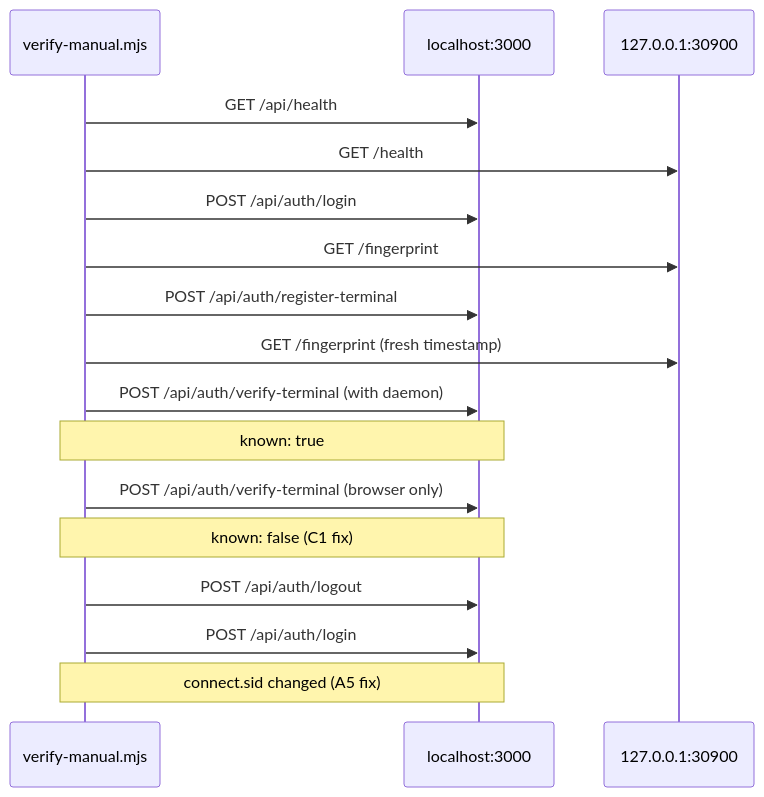
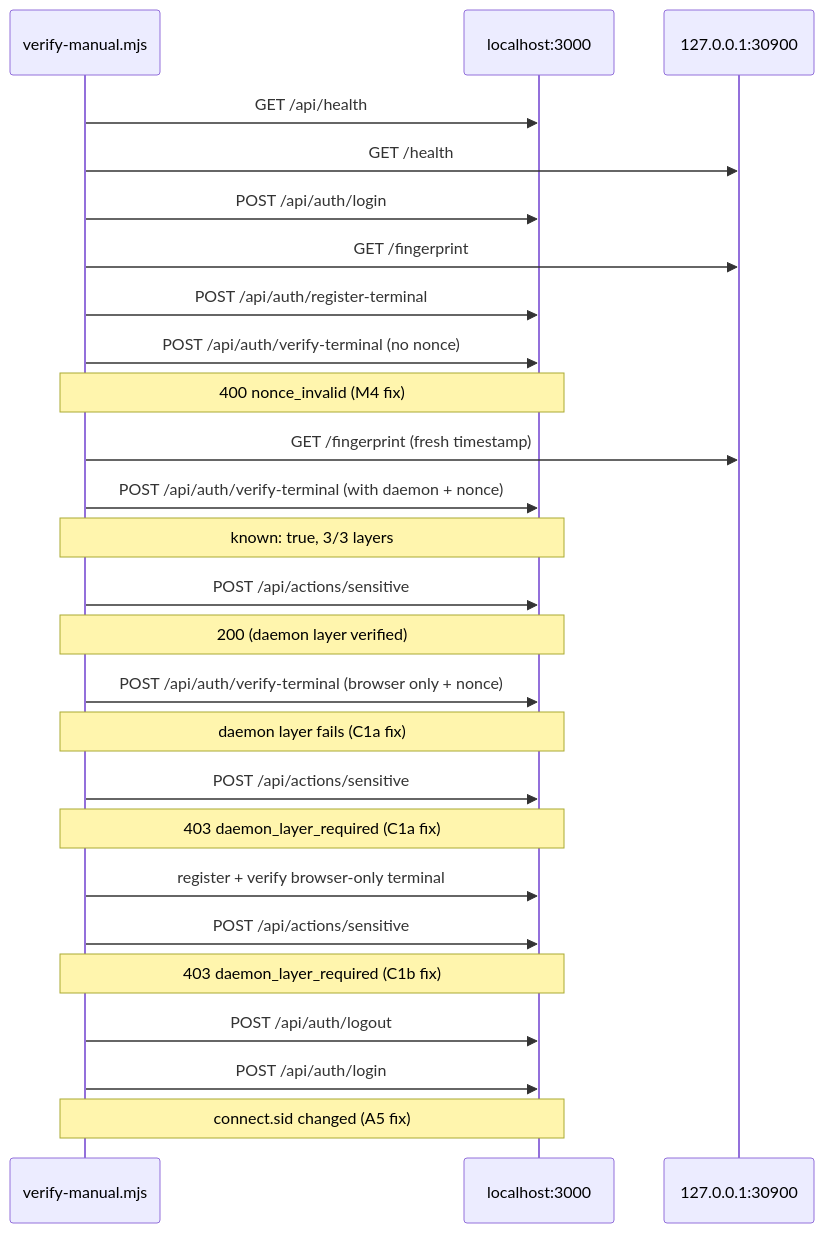
The fifth of 6 diagrams in README.md (andermoreira/dna), drawn with Mermaid before and after one commit. The commit also changed other lines of this file and 27 other files, not shown here.

First line of the commit message:
feat(security): Harden terminal auth and secret storage

````diff
--- a/README.md
+++ b/README.md
@@ -197,22 +285,32 @@
 ```mermaid
 sequenceDiagram
     participant Script as verify-manual.mjs
     participant Server as localhost:3000
     participant Daemon as 127.0.0.1:30900
 
     Script->>Server: GET /api/health
     Script->>Daemon: GET /health
     Script->>Server: POST /api/auth/login
     Script->>Daemon: GET /fingerprint
     Script->>Server: POST /api/auth/register-terminal
+    Script->>Server: POST /api/auth/verify-terminal (no nonce)
+    Note over Script,Server: 400 nonce_invalid (M4 fix)
     Script->>Daemon: GET /fingerprint (fresh timestamp)
-    Script->>Server: POST /api/auth/verify-terminal (with daemon)
-    Note over Script,Server: known: true
+    Script->>Server: POST /api/auth/verify-terminal (with daemon + nonce)
+    Note over Script,Server: known: true, 3/3 layers
+    Script->>Server: POST /api/actions/sensitive
+    Note over Script,Server: 200 (daemon layer verified)
 
-    Script->>Server: POST /api/auth/verify-terminal (browser only)
-    Note over Script,Server: known: false (C1 fix)
+    Script->>Server: POST /api/auth/verify-terminal (browser only + nonce)
+    Note over Script,Server: daemon layer fails (C1a fix)
+    Script->>Server: POST /api/actions/sensitive
+    Note over Script,Server: 403 daemon_layer_required (C1a fix)
+
+    Script->>Server: register + verify browser-only terminal
+    Script->>Server: POST /api/actions/sensitive
+    Note over Script,Server: 403 daemon_layer_required (C1b fix)
 
     Script->>Server: POST /api/auth/logout
     Script->>Server: POST /api/auth/login
     Note over Script,Server: connect.sid changed (A5 fix)
 ```
````
